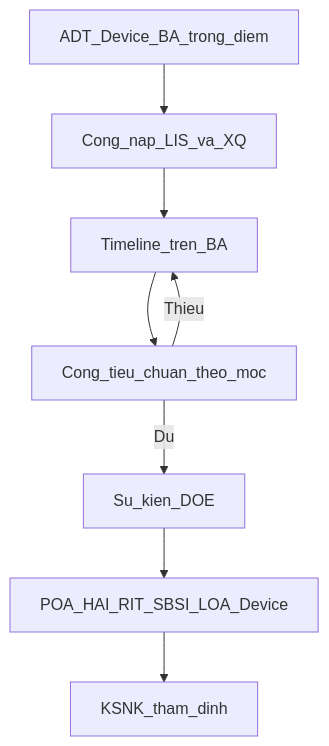
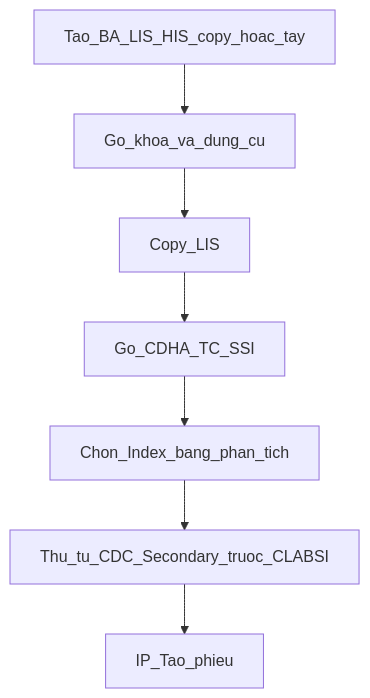
One commit to ksnkbv103-droid/ksnk_bv103_V2 changed the diagram in docs/modules/nkbv/domain-specification.md. Above: the diagram before and after it, drawn with Mermaid. The commit also changed other lines of this file and 479 other files, not shown here.

````diff
--- a/docs/modules/nkbv/domain-specification.md
+++ b/docs/modules/nkbv/domain-specification.md
@@ -18,10 +22,9 @@
 ```mermaid
 flowchart TD
-    A[ADT_Device_BA_trong_diem] --> B[Cong_nap_LIS_va_XQ]
-    B --> C[Timeline_tren_BA]
-    C --> D[Cong_tieu_chuan_theo_moc]
-    D -->|Du| E[Su_kien_DOE]
-    D -->|Thieu| C
-    E --> F[POA_HAI_RIT_SBSI_LOA_Device]
-    F --> G[KSNK_tham_dinh]
+  A[Tao_BA_LIS_HIS_copy_hoac_tay] --> B[Go_khoa_va_dung_cu]
+  B --> C[Copy_LIS]
+  C --> D[Go_CDHA_TC_SSI]
+  D --> E[Chon_Index_bang_phan_tich]
+  E --> F[Thu_tu_CDC_Secondary_truoc_CLABSI]
+  F --> G[IP_Tao_phieu]
 ```
````
